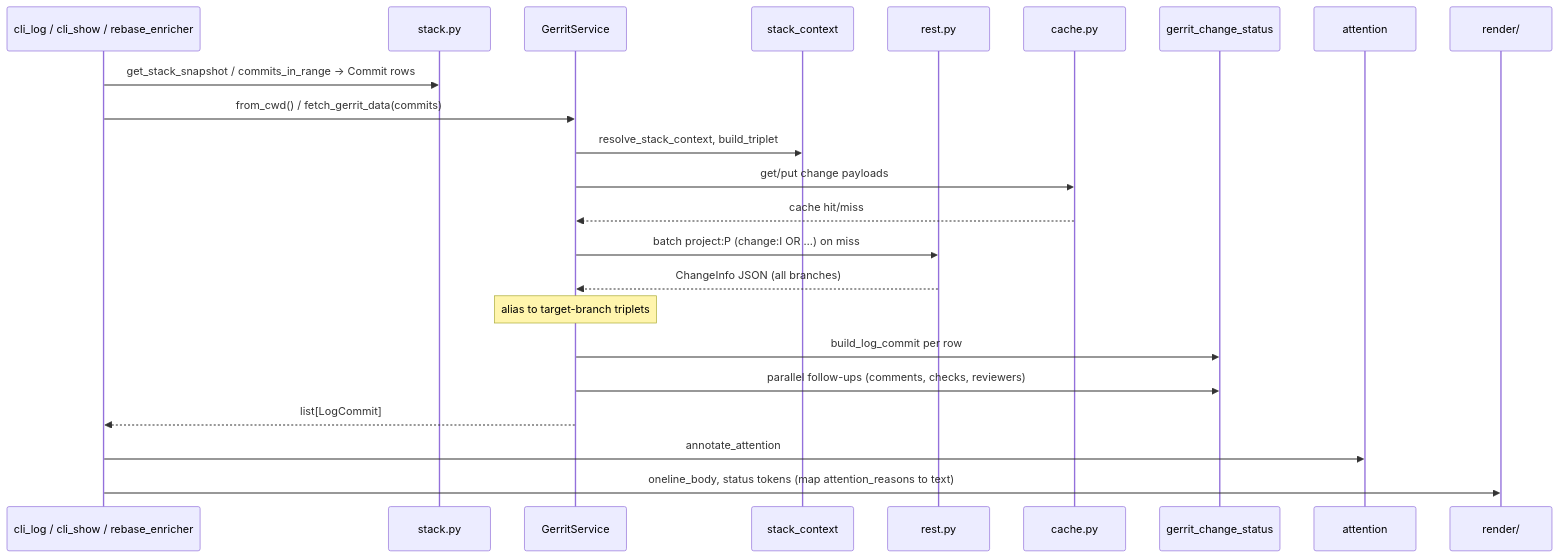
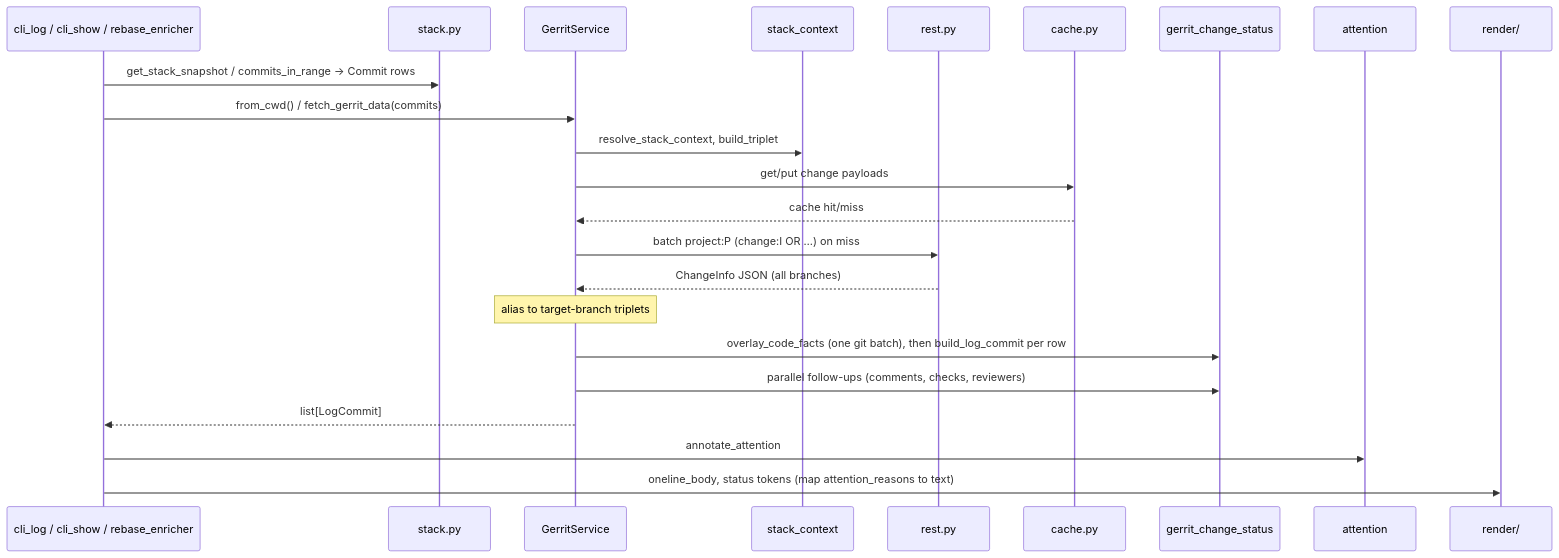
Before and after one commit to togrue/gerrit-workflow-tools: the fifth of 10 diagrams in docu/architecture.md, drawn with Mermaid. The commit also changed other lines of this file and 14 other files, not shown here.

````diff
--- a/docu/architecture.md
+++ b/docu/architecture.md
@@ -198,26 +198,26 @@
 ```mermaid
 sequenceDiagram
   participant CLI as cli_log / cli_show / rebase_enricher
   participant Stack as stack.py
   participant Svc as GerritService
   participant Res as stack_context
   participant REST as rest.py
   participant Cache as cache.py
   participant Status as gerrit_change_status
   participant Attn as attention
   participant Render as render/
 
   CLI->>Stack: get_stack_snapshot / commits_in_range → Commit rows
   CLI->>Svc: from_cwd() / fetch_gerrit_data(commits)
   Svc->>Res: resolve_stack_context, build_triplet
   Svc->>Cache: get/put change payloads
   Cache-->>Svc: cache hit/miss
   Svc->>REST: batch project:P (change:I OR …) on miss
   REST-->>Svc: ChangeInfo JSON (all branches)
   Note over Svc: alias to target-branch triplets
-  Svc->>Status: build_log_commit per row
+  Svc->>Status: overlay_code_facts (one git batch), then build_log_commit per row
   Svc->>Status: parallel follow-ups (comments, checks, reviewers)
   Svc-->>CLI: list[LogCommit]
   CLI->>Attn: annotate_attention
   CLI->>Render: oneline_body, status tokens (map attention_reasons to text)
 ```
````
